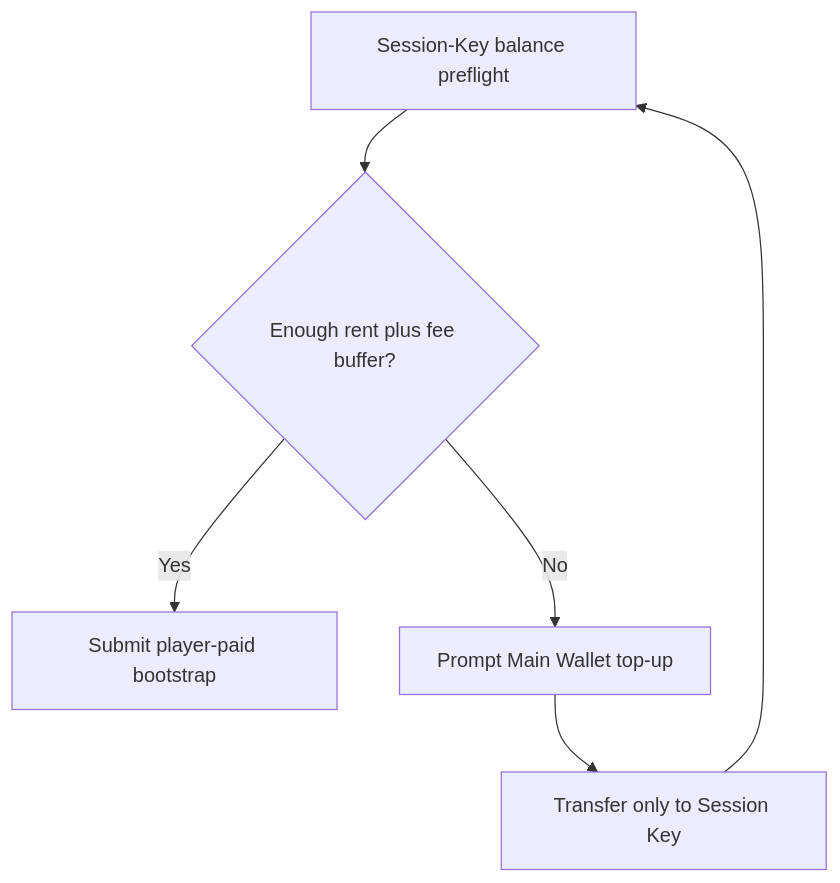
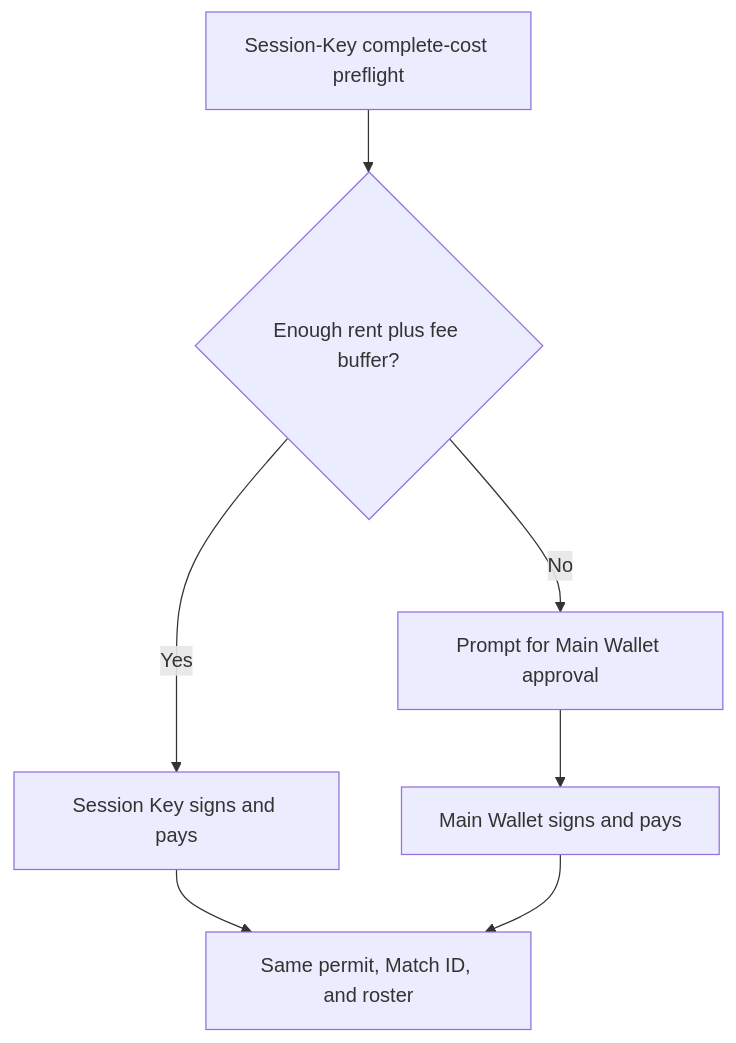
Before and after one commit to SOLZ-FUN/labyrinth_magicblock: the third of 4 diagrams in docs/PLAYER_PAID_ER_BOOTSTRAP.md, drawn with Mermaid. The commit also changed other lines of this file and 4 other files, not shown here.

````diff
--- a/docs/PLAYER_PAID_ER_BOOTSTRAP.md
+++ b/docs/PLAYER_PAID_ER_BOOTSTRAP.md
@@ -84,8 +86,9 @@
 ```mermaid
 flowchart TD
-    A[Session-Key balance preflight] --> B{Enough rent plus fee buffer?}
-    B -- Yes --> C[Submit player-paid bootstrap]
-    B -- No --> D[Prompt Main Wallet top-up]
-    D --> E[Transfer only to Session Key]
-    E --> A
+    A[Session-Key complete-cost preflight] --> B{Enough rent plus fee buffer?}
+    B -- Yes --> C[Session Key signs and pays]
+    B -- No --> D[Prompt for Main Wallet approval]
+    D --> E[Main Wallet signs and pays]
+    C --> F[Same permit, Match ID, and roster]
+    E --> F
 ```
````
